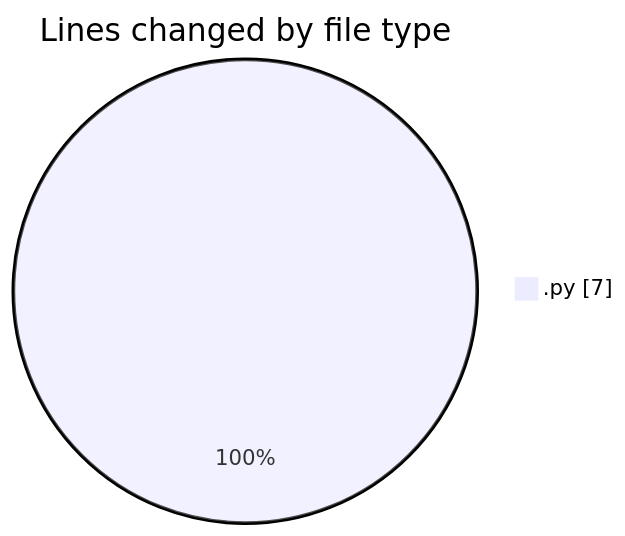
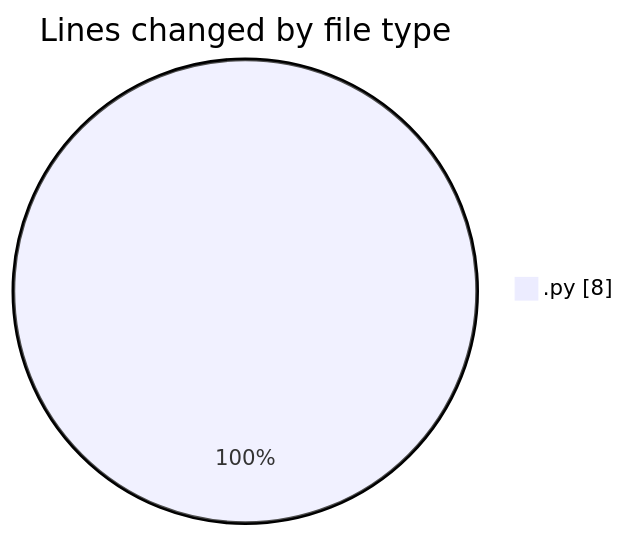
Before and after one commit to MatusMokan/code-tracking: the first of 2 diagrams in 2025-02-27/myws__workspace_/README.md, drawn with Mermaid. The commit also changed other lines of this file and 1 other file, not shown here.

````diff
--- a/2025-02-27/myws__workspace_/README.md
+++ b/2025-02-27/myws__workspace_/README.md
@@ -20,5 +20,5 @@
 ```mermaid
 pie showData
 title Lines changed by file type
-".py" : 7
+".py" : 8
 ```
````
